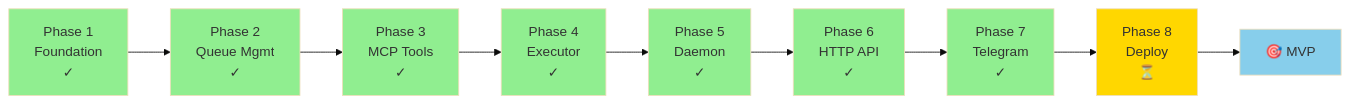
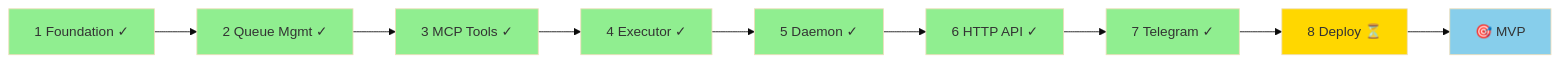
One commit to reubenjohn/reeve_bot changed the diagram in docs/index.md. Above: the diagram before and after it, drawn with Mermaid (base theme).

Commit message:
docs: Use classDef for concise mermaid styling

````diff
--- a/docs/index.md
+++ b/docs/index.md
@@ -165,31 +165,28 @@
 ```mermaid
 graph LR
-    P1[Phase 1<br/>Foundation<br/>✓] --> P2[Phase 2<br/>Queue Mgmt<br/>✓]
-    P2 --> P3[Phase 3<br/>MCP Tools<br/>✓]
-    P3 --> P4[Phase 4<br/>Executor<br/>✓]
-    P4 --> P5[Phase 5<br/>Daemon<br/>✓]
-    P5 --> P6[Phase 6<br/>HTTP API<br/>✓]
-    P6 --> P7[Phase 7<br/>Telegram<br/>✓]
-    P7 --> P8[Phase 8<br/>Deploy<br/>⏳]
+    P1[1 Foundation ✓] --> P2[2 Queue Mgmt ✓]
+    P2 --> P3[3 MCP Tools ✓]
+    P3 --> P4[4 Executor ✓]
+    P4 --> P5[5 Daemon ✓]
+    P5 --> P6[6 HTTP API ✓]
+    P6 --> P7[7 Telegram ✓]
+    P7 --> P8[8 Deploy ⏳]
     P8 --> MVP[🎯 MVP]
 
-    click P1 "roadmap/phase-1-foundation/" "Phase 1: Foundation"
-    click P2 "roadmap/phase-2-queue/" "Phase 2: Queue Management"
-    click P3 "roadmap/phase-3-mcp/" "Phase 3: MCP Servers"
-    click P4 "roadmap/phase-4-executor/" "Phase 4: Pulse Executor"
-    click P5 "roadmap/phase-5-daemon/" "Phase 5: Daemon"
-    click P6 "roadmap/phase-6-api/" "Phase 6: HTTP API"
-    click P7 "roadmap/phase-7-telegram/" "Phase 7: Telegram Integration"
-    click P8 "roadmap/phase-8-deployment/" "Phase 8: Deployment"
-    click MVP "roadmap/" "Implementation Roadmap"
+    click P1 "roadmap/phase-1-foundation/"
+    click P2 "roadmap/phase-2-queue/"
+    click P3 "roadmap/phase-3-mcp/"
+    click P4 "roadmap/phase-4-executor/"
+    click P5 "roadmap/phase-5-daemon/"
+    click P6 "roadmap/phase-6-api/"
+    click P7 "roadmap/phase-7-telegram/"
+    click P8 "roadmap/phase-8-deployment/"
+    click MVP "roadmap/"
 
-    style P1 fill:#90EE90
-    style P2 fill:#90EE90
-    style P3 fill:#90EE90
-    style P4 fill:#90EE90
-    style P5 fill:#90EE90
-    style P6 fill:#90EE90
-    style P7 fill:#90EE90
-    style P8 fill:#FFD700
-    style MVP fill:#87CEEB
+    classDef done fill:#90EE90
+    classDef wip fill:#FFD700
+    classDef goal fill:#87CEEB
+    class P1,P2,P3,P4,P5,P6,P7 done
+    class P8 wip
+    class MVP goal
 ```
````
